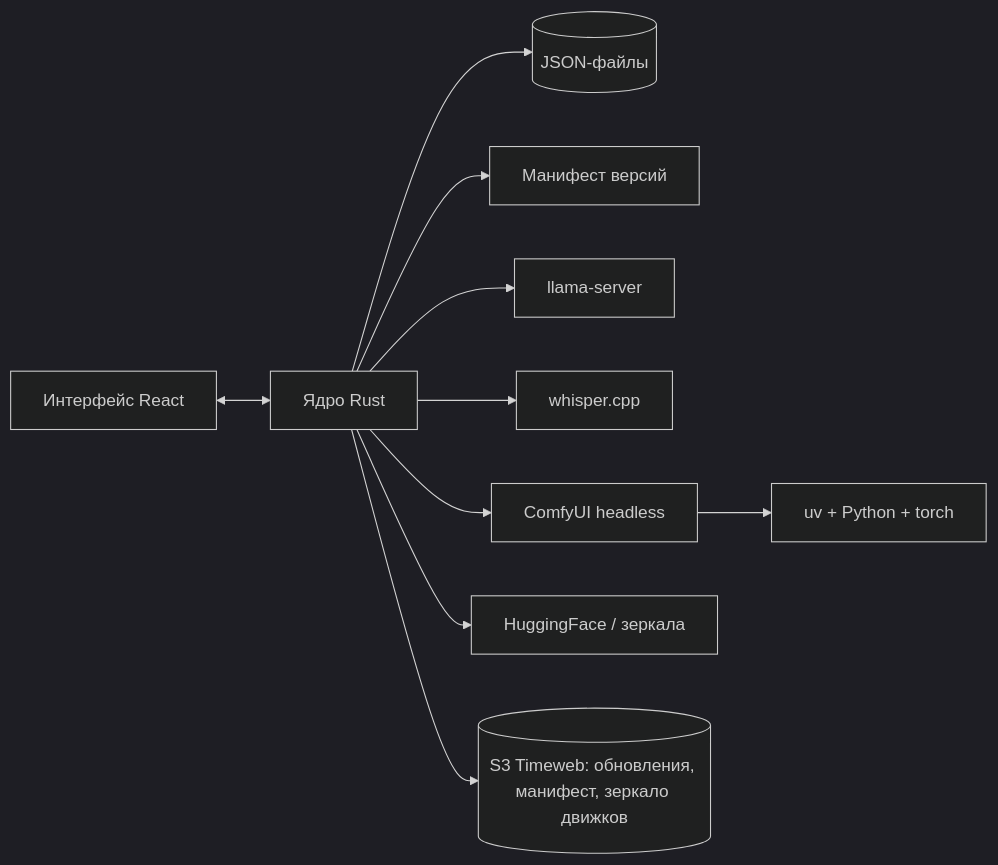
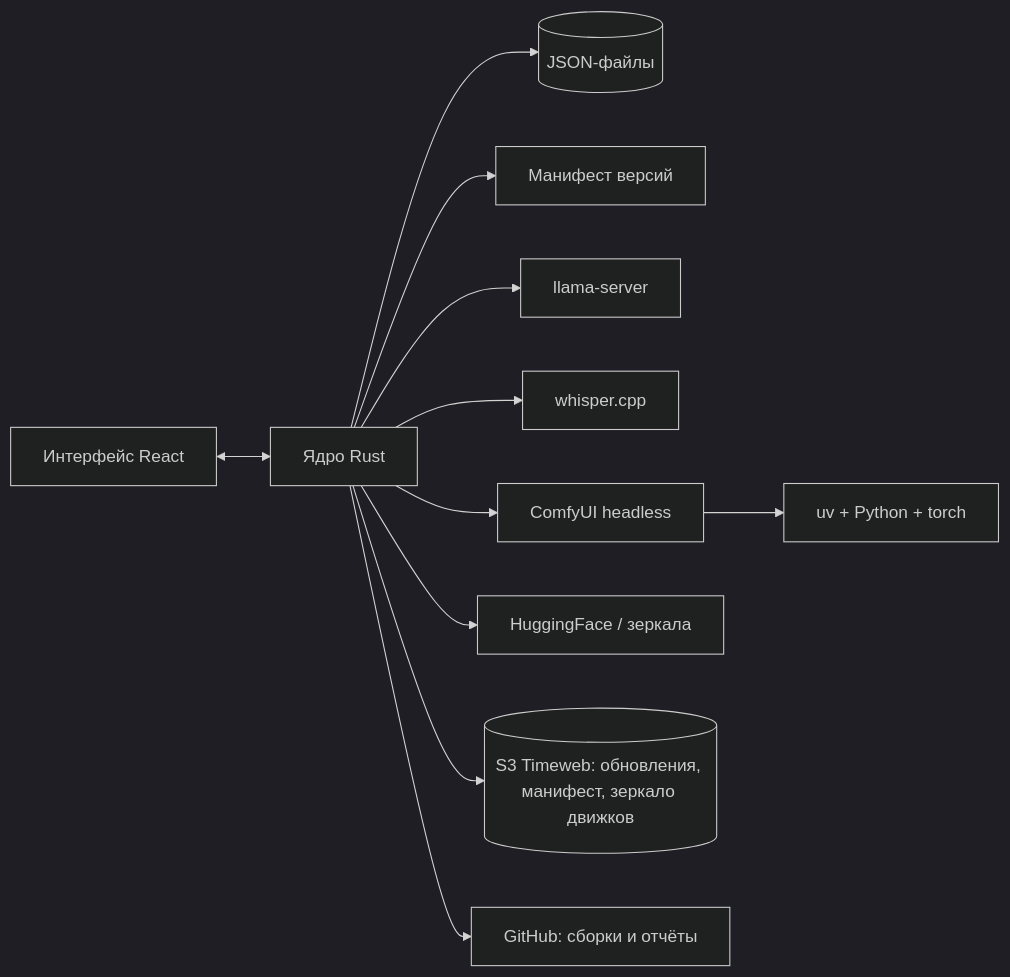
The diagram in docs/plan.md (WufCorp/Ollivo), drawn with Mermaid (dark theme) before and after one commit. The commit also changed other lines of this file and 14 other files, not shown here.

````diff
--- a/docs/plan.md
+++ b/docs/plan.md
@@ -28,12 +30,13 @@
 ```mermaid
 flowchart LR
   UI[Интерфейс React] <--> Core[Ядро Rust]
   Core --> DB[(JSON-файлы)]
   Core --> M[Манифест версий]
   Core --> L[llama-server]
   Core --> W[whisper.cpp]
   Core --> C[ComfyUI headless]
   C --> Py[uv + Python + torch]
   Core --> HF[HuggingFace / зеркала]
   Core --> S3[(S3 Timeweb: обновления, манифест, зеркало движков)]
+  Core --> GH[GitHub: сборки и отчёты]
 ```
````
